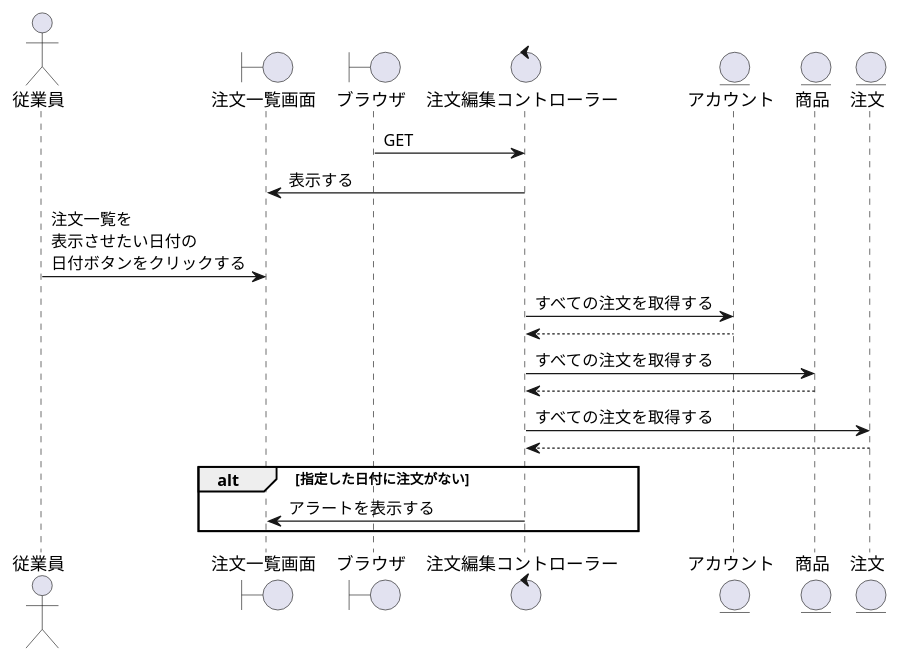
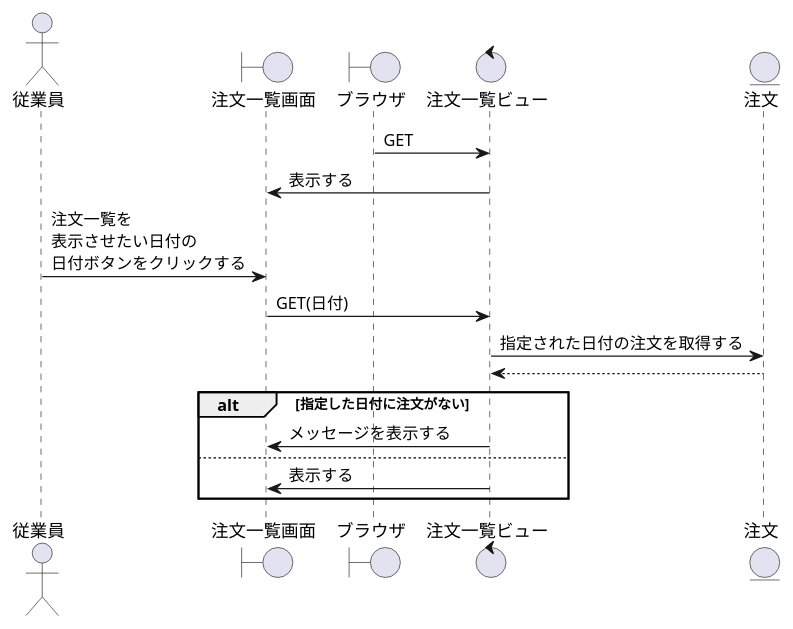
The diagram in BBショップ/注文一覧.wsd (ysyk-wtnb16/team_D), drawn with PlantUML before and after one commit. The commit also changed 3 other files, not shown here.

```diff
--- a/BBショップ/注文一覧.wsd
+++ b/BBショップ/注文一覧.wsd
@@ -1,31 +1,33 @@
 @startuml list
 ' ①縦軸の並び順を決める
 actor "従業員" as act
 boundary "注文一覧画面" as oeb
 ' コントローラーに初回アクセスするもの
 boundary "ブラウザ" as brz
 ' コントローラーまたはビューの名称を決める
-control "注文編集コントローラー" as oec
+control "注文一覧ビュー" as oec
 ' DAOまたはモデルとなる
-entity "アカウント" as account
-entity "商品" as pdt
+' entity "アカウント" as account
+' entity "商品" as pdt
 entity "注文" as order
 
 brz -> oec: GET
 
 oeb <- oec:表示する
 
 act -> oeb:注文一覧を\n表示させたい日付の\n日付ボタンをクリックする
-
-oec -> account:すべての注文を取得する
-account --> oec
-oec -> pdt:すべての注文を取得する
-pdt --> oec
-oec -> order:すべての注文を取得する
+oeb ->oec:GET(日付)
+' oec -> account:すべての注文を取得する
+' account --> oec
+' oec -> pdt:すべての注文を取得する
+' pdt --> oec
+oec -> order:指定された日付の注文を取得する
 order --> oec
 
 alt 指定した日付に注文がない
-    oeb <- oec:アラートを表示する
+    oeb <- oec:メッセージを表示する
+else 
+    oeb <- oec:表示する
 end
 
 @enduml
```
